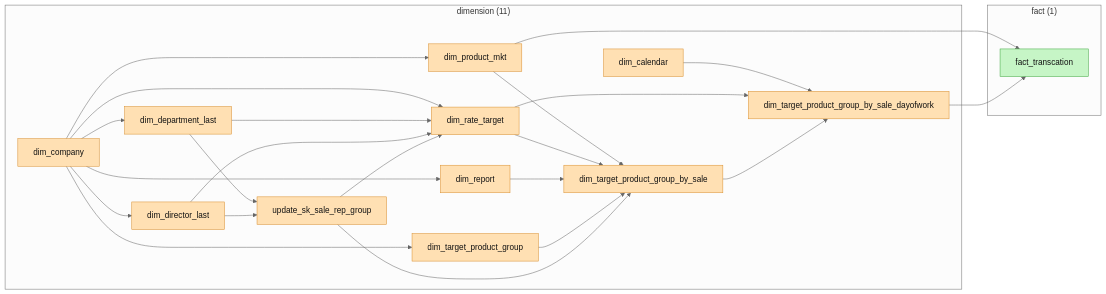
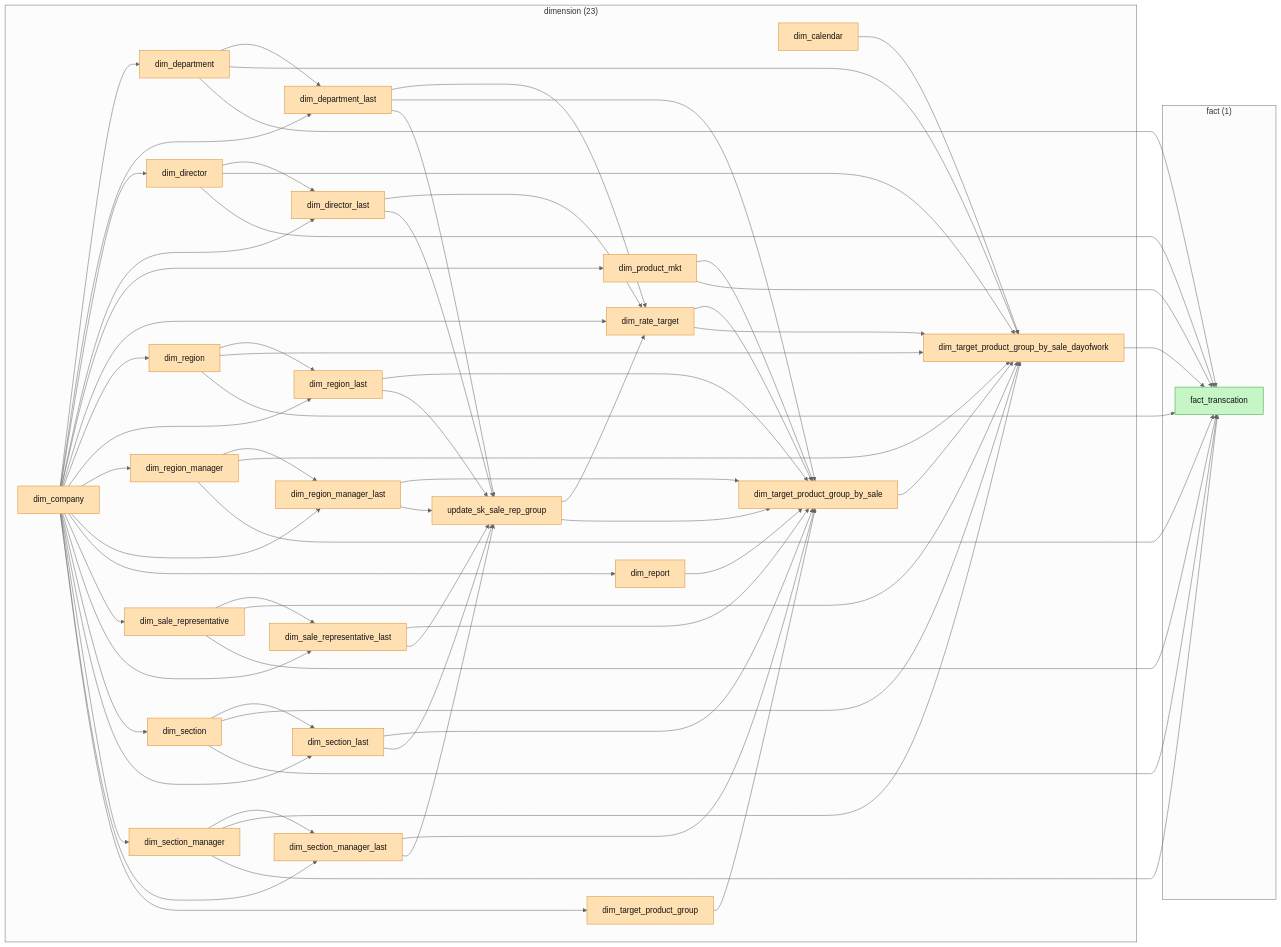
One commit to warayut-ALL-IN-AI/data-buffet changed the second of 12 diagrams in document/diagrams/topic_flows.md. Above: the diagram before and after it, drawn with Mermaid (neutral theme). The commit also changed other lines of this file and 2 other files, not shown here.

First line of the commit message:
view_dim_aging_history: derive AgingSK/BillingSK instead of trusting the snapshot

````diff
--- a/document/diagrams/topic_flows.md
+++ b/document/diagrams/topic_flows.md
@@ -130,13 +143,25 @@
 ```mermaid
 flowchart LR
-  subgraph dimension["dimension (11)"]
+  subgraph dimension["dimension (23)"]
     dim_calendar["dim_calendar"]
     dim_company["dim_company"]
+    dim_department["dim_department"]
     dim_department_last["dim_department_last"]
+    dim_director["dim_director"]
     dim_director_last["dim_director_last"]
     dim_product_mkt["dim_product_mkt"]
     dim_rate_target["dim_rate_target"]
+    dim_region["dim_region"]
+    dim_region_last["dim_region_last"]
+    dim_region_manager["dim_region_manager"]
+    dim_region_manager_last["dim_region_manager_last"]
     dim_report["dim_report"]
+    dim_sale_representative["dim_sale_representative"]
+    dim_sale_representative_last["dim_sale_representative_last"]
+    dim_section["dim_section"]
+    dim_section_last["dim_section_last"]
+    dim_section_manager["dim_section_manager"]
+    dim_section_manager_last["dim_section_manager_last"]
     dim_target_product_group["dim_target_product_group"]
     dim_target_product_group_by_sale["dim_target_product_group_by_sale"]
     dim_target_product_group_by_sale_dayofwork["dim_target_product_group_by_sale_dayofwork"]
@@ -146,21 +171,65 @@
     fact_transcation["fact_transcation"]
   end
   dim_calendar --> dim_target_product_group_by_sale_dayofwork
+  dim_company --> dim_department
   dim_company --> dim_department_last
+  dim_company --> dim_director
   dim_company --> dim_director_last
   dim_company --> dim_product_mkt
   dim_company --> dim_rate_target
+  dim_company --> dim_region
+  dim_company --> dim_region_last
+  dim_company --> dim_region_manager
+  dim_company --> dim_region_manager_last
   dim_company --> dim_report
+  dim_company --> dim_sale_representative
+  dim_company --> dim_sale_representative_last
+  dim_company --> dim_section
+  dim_company --> dim_section_last
+  dim_company --> dim_section_manager
+  dim_company --> dim_section_manager_last
   dim_company --> dim_target_product_group
+  dim_department --> dim_department_last
+  dim_department --> dim_target_product_group_by_sale_dayofwork
+  dim_department --> fact_transcation
   dim_department_last --> dim_rate_target
+  dim_department_last --> dim_target_product_group_by_sale
   dim_department_last --> update_sk_sale_rep_group
+  dim_director --> dim_director_last
+  dim_director --> dim_target_product_group_by_sale_dayofwork
+  dim_director --> fact_transcation
   dim_director_last --> dim_rate_target
   dim_director_last --> update_sk_sale_rep_group
   dim_product_mkt --> dim_target_product_group_by_sale
   dim_product_mkt --> fact_transcation
   dim_rate_target --> dim_target_product_group_by_sale
   dim_rate_target --> dim_target_product_group_by_sale_dayofwork
+  dim_region --> dim_region_last
+  dim_region --> dim_target_product_group_by_sale_dayofwork
+  dim_region --> fact_transcation
+  dim_region_last --> dim_target_product_group_by_sale
+  dim_region_last --> update_sk_sale_rep_group
+  dim_region_manager --> dim_region_manager_last
+  dim_region_manager --> dim_target_product_group_by_sale_dayofwork
+  dim_region_manager --> fact_transcation
+  dim_region_manager_last --> dim_target_product_group_by_sale
+  dim_region_manager_last --> update_sk_sale_rep_group
   dim_report --> dim_target_product_group_by_sale
+  dim_sale_representative --> dim_sale_representative_last
+  dim_sale_representative --> dim_target_product_group_by_sale_dayofwork
+  dim_sale_representative --> fact_transcation
+  dim_sale_representative_last --> dim_target_product_group_by_sale
+  dim_sale_representative_last --> update_sk_sale_rep_group
+  dim_section --> dim_section_last
+  dim_section --> dim_target_product_group_by_sale_dayofwork
+  dim_section --> fact_transcation
+  dim_section_last --> dim_target_product_group_by_sale
+  dim_section_last --> update_sk_sale_rep_group
+  dim_section_manager --> dim_section_manager_last
+  dim_section_manager --> dim_target_product_group_by_sale_dayofwork
+  dim_section_manager --> fact_transcation
+  dim_section_manager_last --> dim_target_product_group_by_sale
+  dim_section_manager_last --> update_sk_sale_rep_group
   dim_target_product_group --> dim_target_product_group_by_sale
   dim_target_product_group_by_sale --> dim_target_product_group_by_sale_dayofwork
   dim_target_product_group_by_sale_dayofwork --> fact_transcation
@@ -169,6 +238,6 @@
   classDef dimension fill:#ffe0b3,stroke:#d98f2f,color:#111;
   classDef fact fill:#c6f5c6,stroke:#3fa63f,color:#111;
   classDef paused fill:#f5f5f5,stroke:#bbb,color:#999,stroke-dasharray:4 3;
-  class dim_calendar,dim_company,dim_department_last,dim_director_last,dim_product_mkt,dim_rate_target,dim_report,dim_target_product_group,dim_target_product_group_by_sale,dim_target_product_group_by_sale_dayofwork,update_sk_sale_rep_group dimension;
+  class dim_calendar,dim_company,dim_department,dim_department_last,dim_director,dim_director_last,dim_product_mkt,dim_rate_target,dim_region,dim_region_last,dim_region_manager,dim_region_manager_last,dim_report,dim_sale_representative,dim_sale_representative_last,dim_section,dim_section_last,dim_section_manager,dim_section_manager_last,dim_target_product_group,dim_target_product_group_by_sale,dim_target_product_group_by_sale_dayofwork,update_sk_sale_rep_group dimension;
   class fact_transcation fact;
 ```
````
